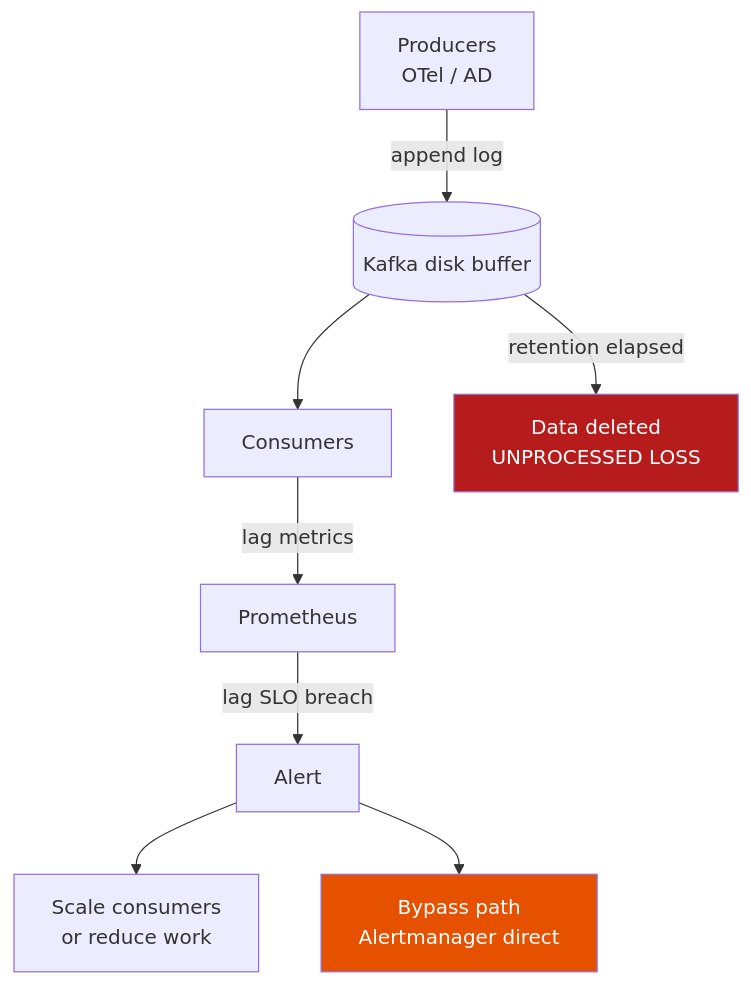
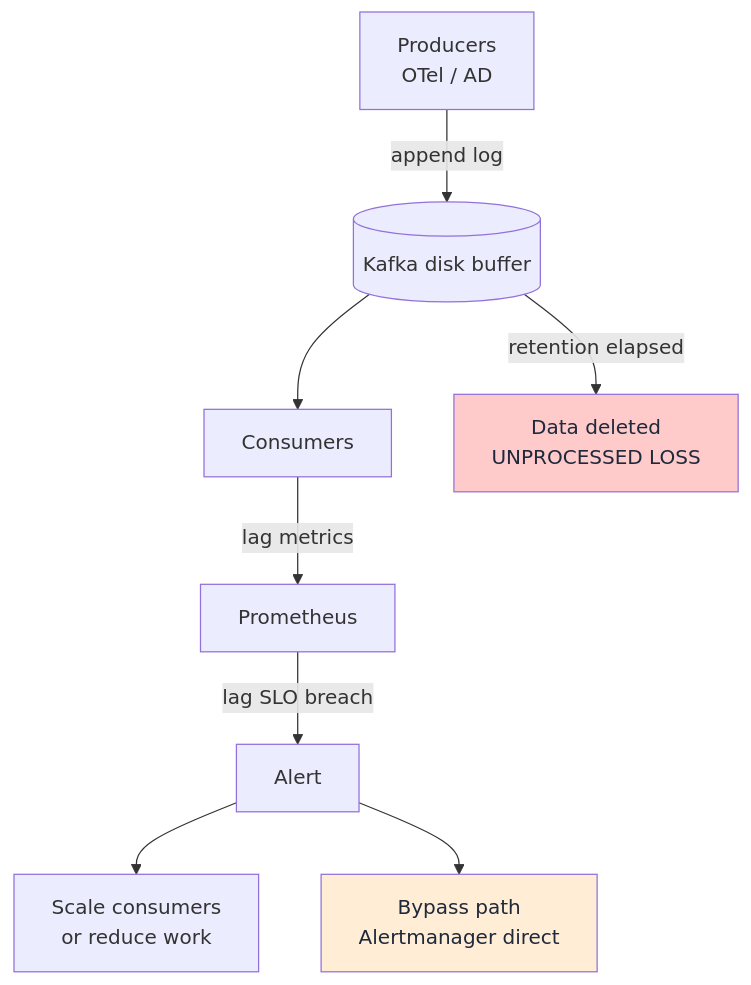
Before and after one commit to XUanhoa04/aiops-engineering-handbook: the eighth of 10 diagrams in docs/vi/07-kafka/README.vi.md, drawn with Mermaid. The commit also changed other lines of this file and 39 other files, not shown here.

First line of the commit message:
docs: concept-first Ch.08-12, collapse code, soft Mermaid colors

````diff
--- a/docs/vi/07-kafka/README.vi.md
+++ b/docs/vi/07-kafka/README.vi.md
@@ -1361,13 +1361,13 @@
 ```mermaid
 flowchart TD
     P[Producers\nOTel / AD] -->|append log| K[(Kafka disk buffer)]
     K --> C[Consumers]
     C -->|lag metrics| M[Prometheus]
     M -->|lag SLO breach| A[Alert]
     A --> S[Scale consumers\nor reduce work]
     A --> B[Bypass path\nAlertmanager direct]
     K -->|retention elapsed| D[Data deleted\nUNPROCESSED LOSS]
 
-    style D fill:#b71c1c,color:#fff
-    style B fill:#e65100,color:#fff
+    style D fill:#fecaca,color:#1e293b
+    style B fill:#ffedd5,color:#1e293b
 ```
````
